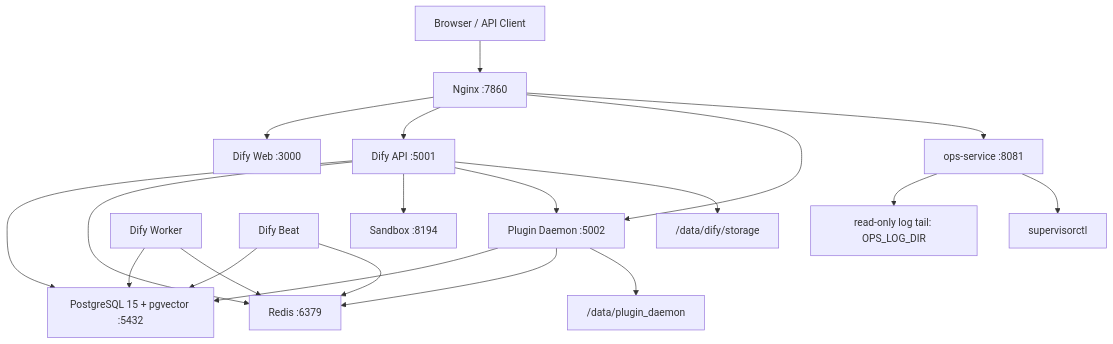
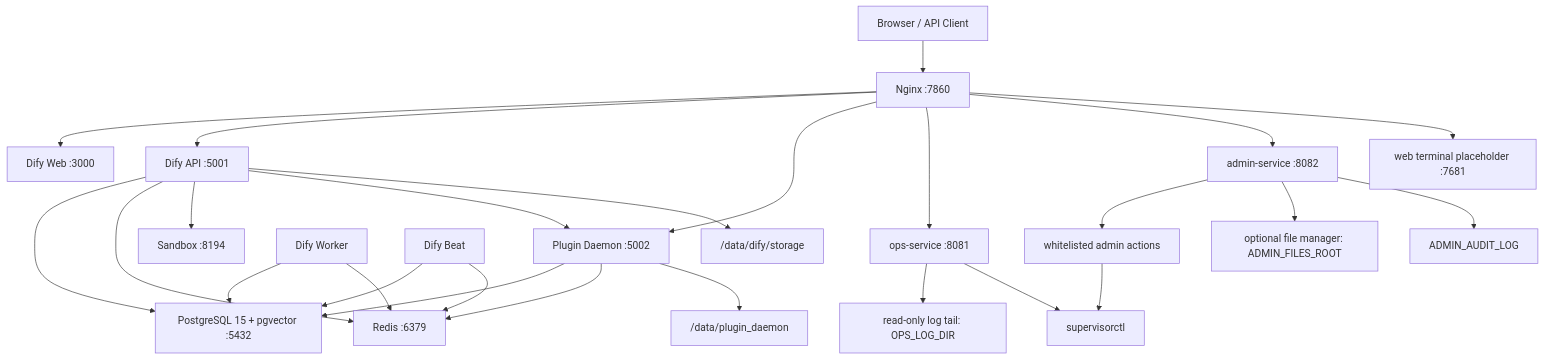
Before and after one commit to BlueSkyXN/Dify-all-in-one-HFS: the first of 3 diagrams in docs/architecture.md, drawn with Mermaid. The commit also changed other lines of this file and 18 other files, not shown here.

````diff
--- a/docs/architecture.md
+++ b/docs/architecture.md
@@ -7,22 +7,28 @@
 ```mermaid
 flowchart TD
     user["Browser / API Client"] --> nginx["Nginx :7860"]
     nginx --> web["Dify Web :3000"]
     nginx --> api["Dify API :5001"]
     nginx --> plugin["Plugin Daemon :5002"]
     nginx --> ops["ops-service :8081"]
+    nginx --> admin["admin-service :8082"]
+    nginx --> terminal["web terminal placeholder :7681"]
     api --> postgres["PostgreSQL 15 + pgvector :5432"]
     api --> redis["Redis :6379"]
     api --> sandbox["Sandbox :8194"]
     api --> plugin
     worker["Dify Worker"] --> postgres
     worker --> redis
     beat["Dify Beat"] --> postgres
     beat --> redis
     plugin --> postgres
     plugin --> redis
     plugin --> data_plugin["/data/plugin_daemon"]
     api --> data_storage["/data/dify/storage"]
     ops --> logs["read-only log tail: OPS_LOG_DIR"]
     ops --> supervisor["supervisorctl"]
+    admin --> admin_actions["whitelisted admin actions"]
+    admin --> admin_files["optional file manager: ADMIN_FILES_ROOT"]
+    admin --> admin_audit["ADMIN_AUDIT_LOG"]
+    admin_actions --> supervisor
 ```
````
